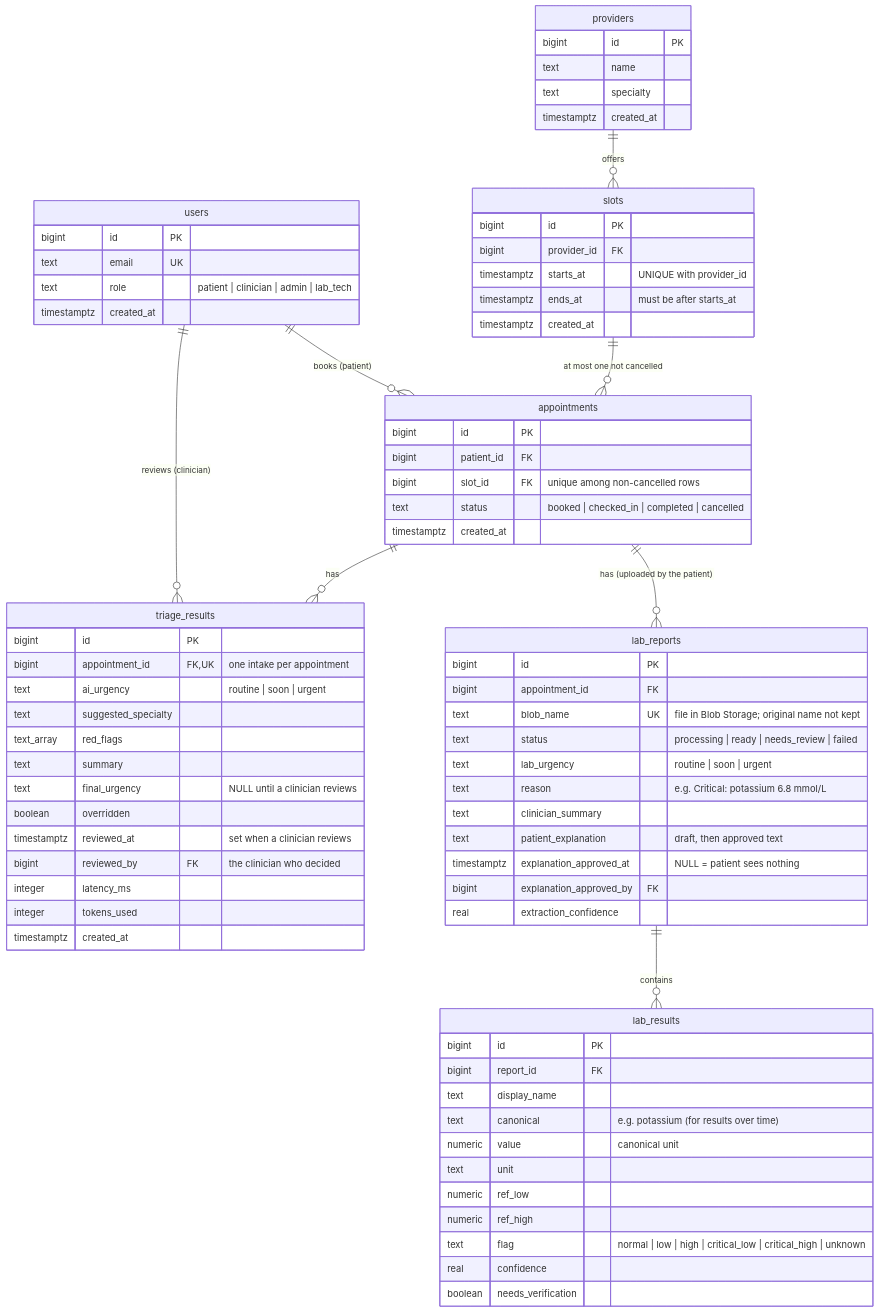
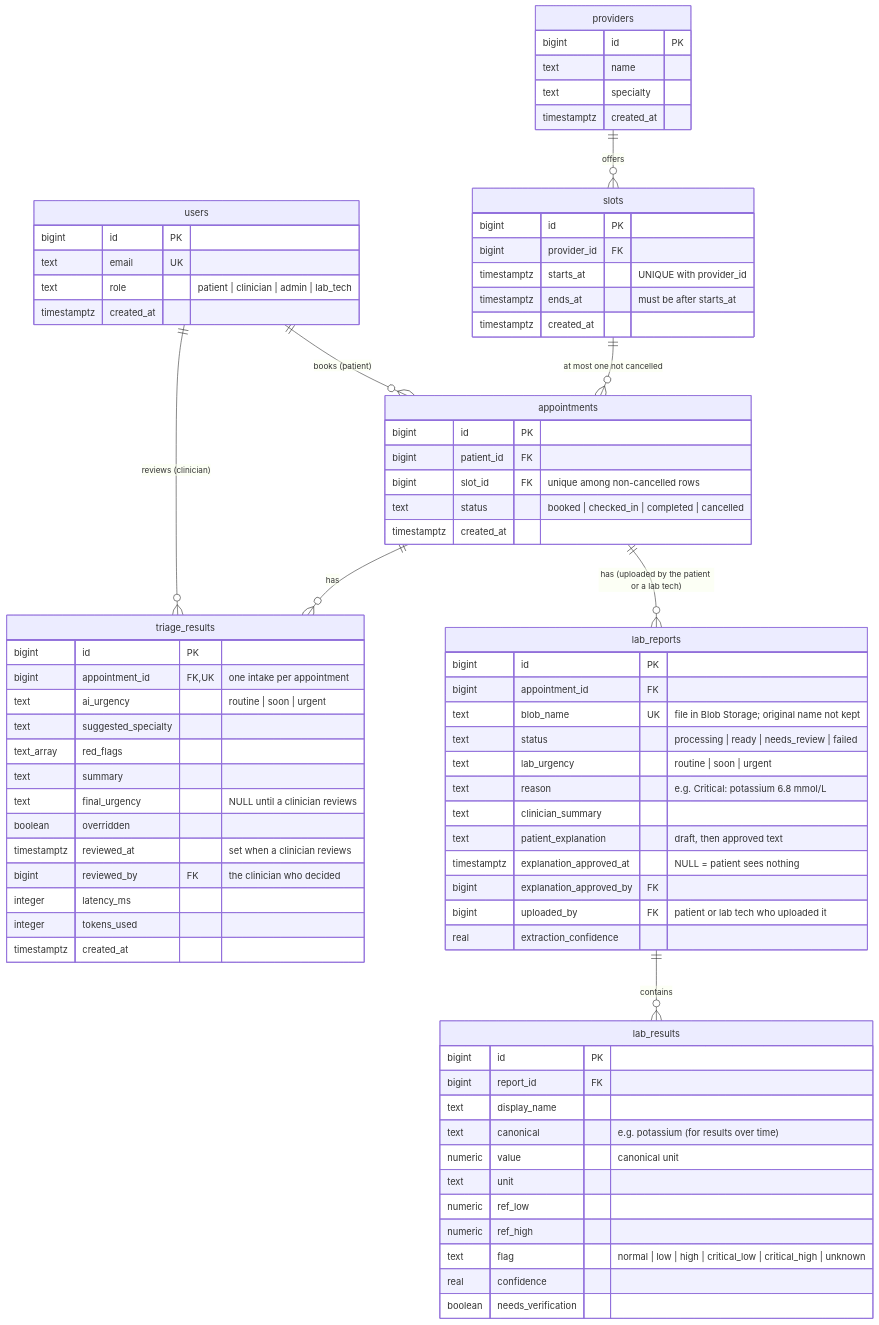
Before and after one commit to TilokJahan/Clinic-portal: the diagram in docs/schema.md, drawn with Mermaid. The commit also changed other lines of this file and 8 other files, not shown here.

````diff
--- a/docs/schema.md
+++ b/docs/schema.md
@@ -8,78 +9,79 @@
 ```mermaid
 erDiagram
     users ||--o{ appointments : "books (patient)"
     users ||--o{ triage_results : "reviews (clinician)"
     providers ||--o{ slots : offers
     slots ||--o{ appointments : "at most one not cancelled"
     appointments ||--o{ triage_results : has
-    appointments ||--o{ lab_reports : "has (uploaded by the patient)"
+    appointments ||--o{ lab_reports : "has (uploaded by the patient or a lab tech)"
     lab_reports ||--o{ lab_results : contains
 
     users {
         bigint id PK
         text email UK
         text role "patient | clinician | admin | lab_tech"
         timestamptz created_at
     }
     providers {
         bigint id PK
         text name
         text specialty
         timestamptz created_at
     }
     slots {
         bigint id PK
         bigint provider_id FK
         timestamptz starts_at "UNIQUE with provider_id"
         timestamptz ends_at "must be after starts_at"
         timestamptz created_at
     }
     appointments {
         bigint id PK
         bigint patient_id FK
         bigint slot_id FK "unique among non-cancelled rows"
         text status "booked | checked_in | completed | cancelled"
         timestamptz created_at
     }
     triage_results {
         bigint id PK
         bigint appointment_id FK,UK "one intake per appointment"
         text ai_urgency "routine | soon | urgent"
         text suggested_specialty
         text_array red_flags
         text summary
         text final_urgency "NULL until a clinician reviews"
         boolean overridden
         timestamptz reviewed_at "set when a clinician reviews"
         bigint reviewed_by FK "the clinician who decided"
         integer latency_ms
         integer tokens_used
         timestamptz created_at
     }
     lab_reports {
         bigint id PK
         bigint appointment_id FK
         text blob_name UK "file in Blob Storage; original name not kept"
         text status "processing | ready | needs_review | failed"
         text lab_urgency "routine | soon | urgent"
         text reason "e.g. Critical: potassium 6.8 mmol/L"
         text clinician_summary
         text patient_explanation "draft, then approved text"
         timestamptz explanation_approved_at "NULL = patient sees nothing"
         bigint explanation_approved_by FK
+        bigint uploaded_by FK "patient or lab tech who uploaded it"
         real extraction_confidence
     }
     lab_results {
         bigint id PK
         bigint report_id FK
         text display_name
         text canonical "e.g. potassium (for results over time)"
         numeric value "canonical unit"
         text unit
         numeric ref_low
         numeric ref_high
         text flag "normal | low | high | critical_low | critical_high | unknown"
         real confidence
         boolean needs_verification
     }
 ```
````
